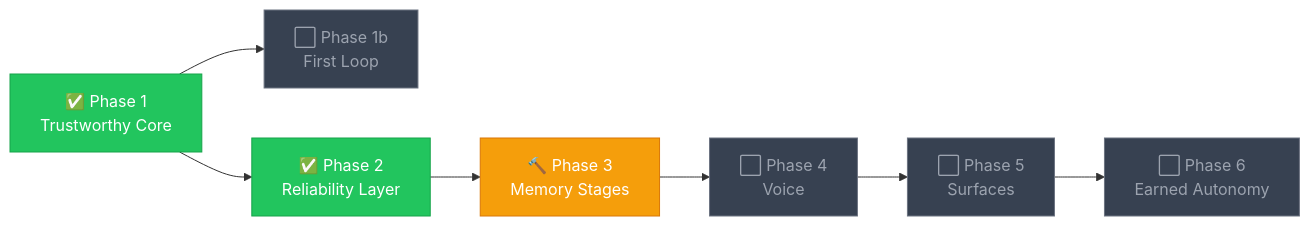
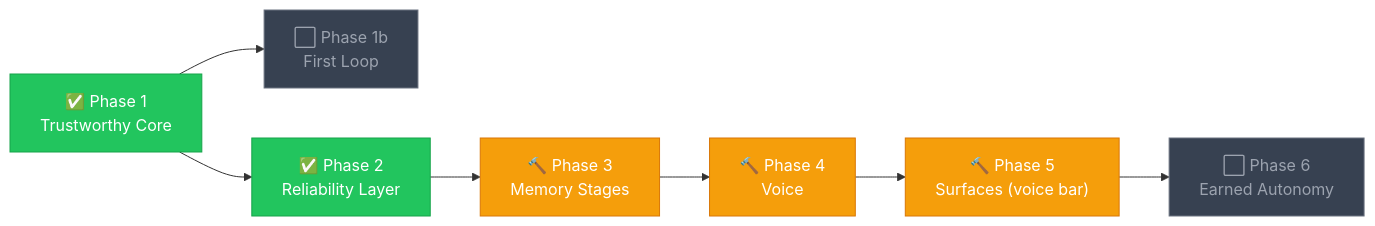
The diagram in README.md (NastyRunner13/AgentOS), drawn with Mermaid before and after one commit. The commit also changed other lines of this file and 6 other files, not shown here.

First line of the commit message:
docs: specify Phase 4 voice and add voice.yaml

````diff
--- a/README.md
+++ b/README.md
@@ -156,25 +159,25 @@
 ```mermaid
 graph LR
     P1["✅ Phase 1\nTrustworthy Core"]
     P1b["⬜ Phase 1b\nFirst Loop"]
     P2["✅ Phase 2\nReliability Layer"]
     P3["🔨 Phase 3\nMemory Stages"]
-    P4["⬜ Phase 4\nVoice"]
-    P5["⬜ Phase 5\nSurfaces"]
+    P4["🔨 Phase 4\nVoice"]
+    P5["🔨 Phase 5\nSurfaces (voice bar)"]
     P6["⬜ Phase 6\nEarned Autonomy"]
 
     P1 --> P1b
     P1 --> P2
     P2 --> P3
     P3 --> P4
     P4 --> P5
     P5 --> P6
 
     style P1 fill:#22c55e,stroke:#16a34a,color:#fff
     style P2 fill:#22c55e,stroke:#16a34a,color:#fff
     style P3 fill:#f59e0b,stroke:#d97706,color:#fff
     style P1b fill:#374151,stroke:#6b7280,color:#9ca3af
-    style P4 fill:#374151,stroke:#6b7280,color:#9ca3af
-    style P5 fill:#374151,stroke:#6b7280,color:#9ca3af
+    style P4 fill:#f59e0b,stroke:#d97706,color:#fff
+    style P5 fill:#f59e0b,stroke:#d97706,color:#fff
     style P6 fill:#374151,stroke:#6b7280,color:#9ca3af
 ```
````
